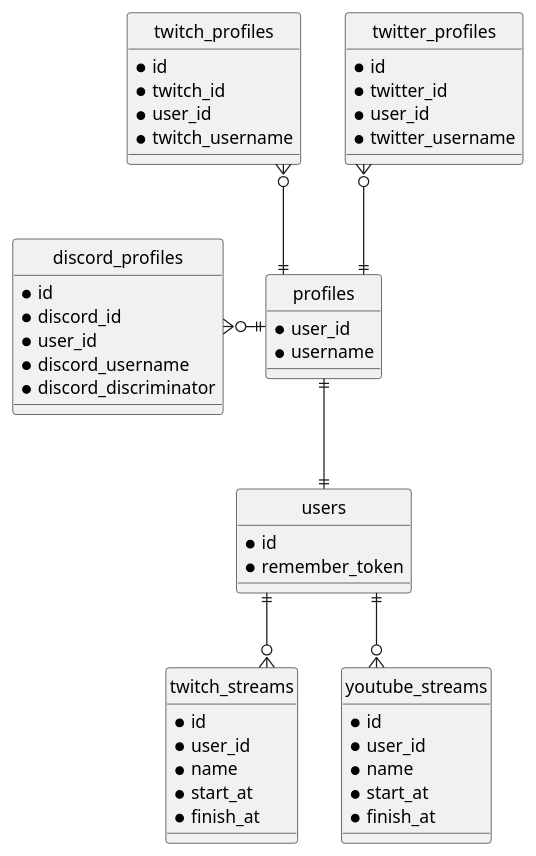
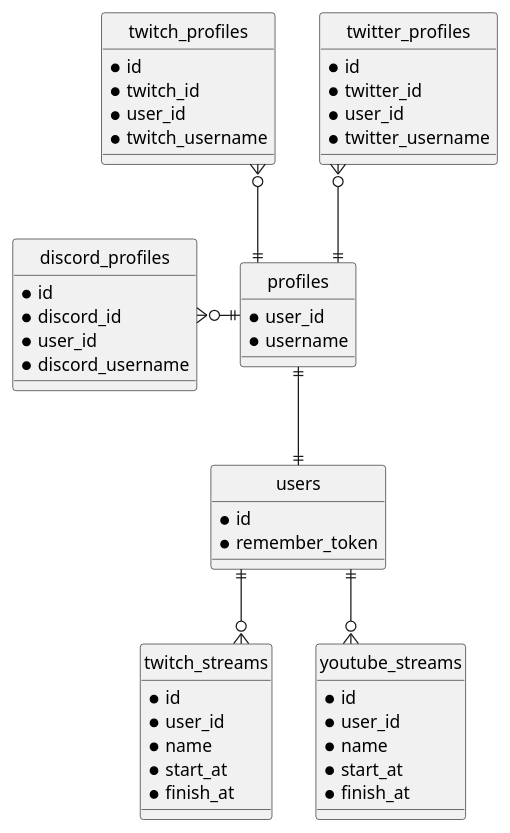
The diagram in database/er.pu (cma2819/rtachecker-documentation), drawn with PlantUML before and after one commit. The commit also changed 1 other file, not shown here.

Commit message:
Remove discrimitor from discord_profiles

```diff
--- a/database/er.pu
+++ b/database/er.pu
@@ -1,63 +1,62 @@
 @startuml er_diagram
 
 ' hide the spot
 hide circle
 
 ' avoid problems with angled crows feet
 skinparam linetype ortho
 
 entity users {
     * id
     * remember_token
 }
 
 entity profiles {
     * user_id
     * username
 }
 profiles ||--|| users
 
 entity discord_profiles {
     * id
     * discord_id
     * user_id
     * discord_username
-    * discord_discriminator
 }
 discord_profiles }o-|| profiles
 
 entity twitch_profiles {
     * id
     * twitch_id
     * user_id
     * twitch_username
 }
 twitch_profiles }o--|| profiles
 
 entity twitter_profiles {
     * id
     * twitter_id
     * user_id
     * twitter_username
 }
 twitter_profiles }o--|| profiles
 
 entity twitch_streams {
     * id
     * user_id
     * name
     * start_at
     * finish_at
 }
 users ||--o{ twitch_streams
 
 entity youtube_streams {
     * id
     * user_id
     * name
     * start_at
     * finish_at
 }
 users ||--o{ youtube_streams
 
 @enduml
```
